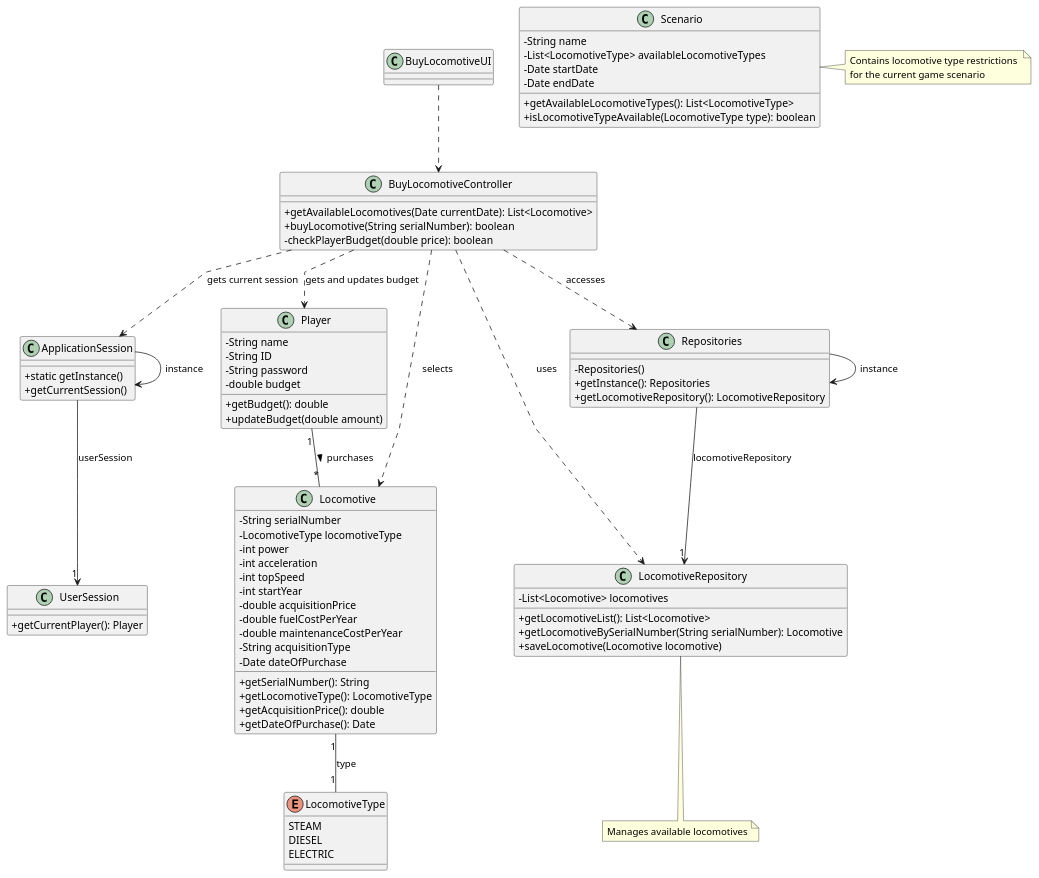
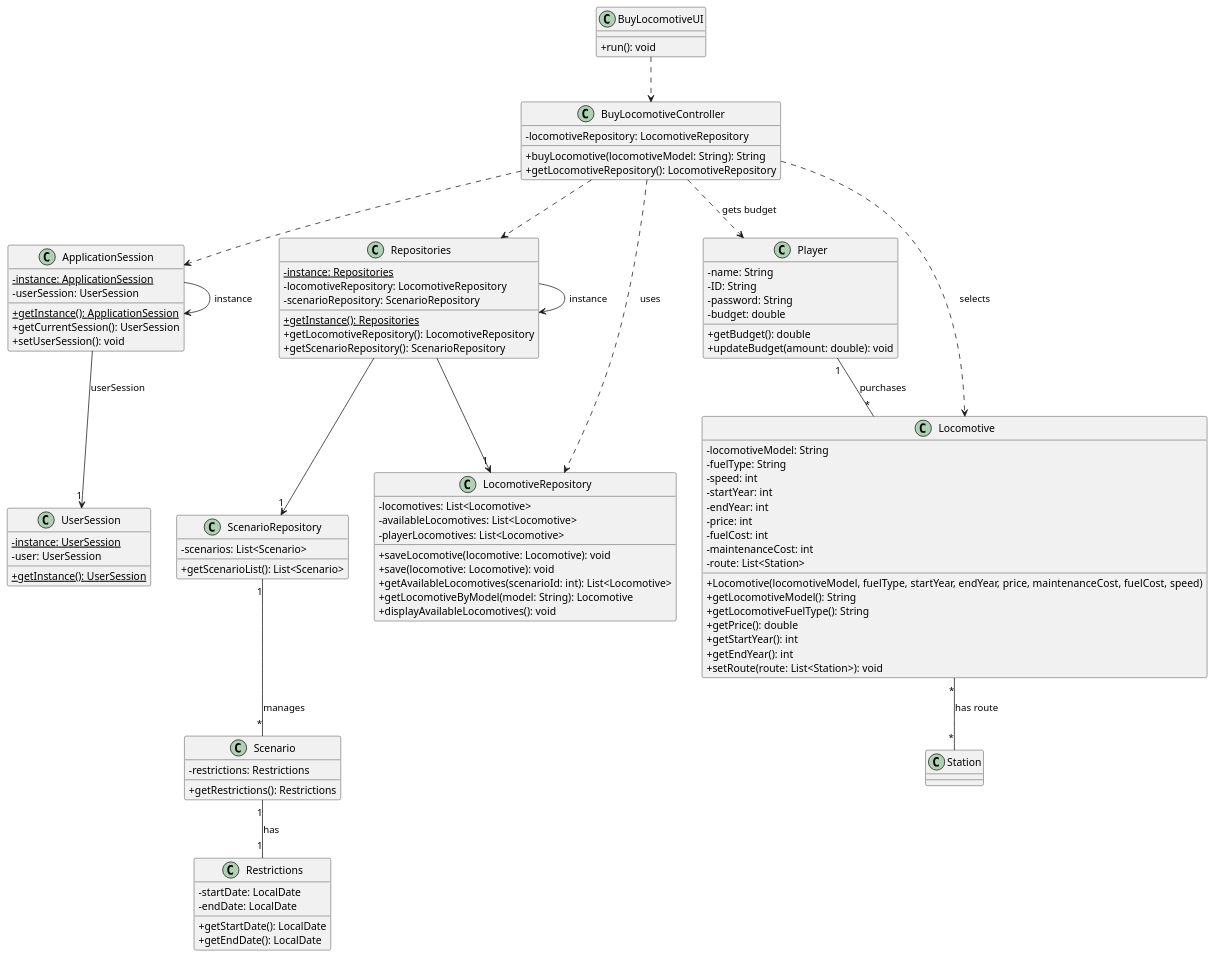
The diagram in docs/sprint2/us009/03.design/puml/us009-class-diagram.puml (ivasduarte/all-aboard), drawn with PlantUML before and after one commit. The commit also changed 7 other files, not shown here.

Commit message:
US003/009(docs): updated class diagrams and sequence diagrams according to the code

```diff
--- a/docs/sprint2/us009/03.design/puml/us009-class-diagram.puml
+++ b/docs/sprint2/us009/03.design/puml/us009-class-diagram.puml
@@ -1,107 +1,118 @@
 @startuml
-skinparam packageStyle rectangle
-skinparam shadowing false
-skinparam linetype polyline
 skinparam classAttributeIconSize 0
 
-'title: Class diagram for Buy a Locomotive (US009)
-
 class ApplicationSession {
-    + static getInstance()
-    + getCurrentSession()
+    -instance: ApplicationSession{static}
+    -userSession: UserSession
+    +getInstance(): ApplicationSession{static}
+    +getCurrentSession(): UserSession
+    +setUserSession(): void
 }
 
 class UserSession {
-    + getCurrentPlayer(): Player
+    -instance: UserSession{static}
+    -user: UserSession
+    +getInstance(): UserSession{static}
 }
 
 class Player {
-    - String name
-    - String ID
-    - String password
-    - double budget
-    + getBudget(): double
-    + updateBudget(double amount)
+    -name: String
+    -ID: String
+    -password: String
+    -budget: double
+    +getBudget(): double
+    +updateBudget(amount: double): void
 }
 
 class Locomotive {
-    - String serialNumber
-    - LocomotiveType locomotiveType
-    - int power
-    - int acceleration
-    - int topSpeed
-    - int startYear
-    - double acquisitionPrice
-    - double fuelCostPerYear
-    - double maintenanceCostPerYear
-    - String acquisitionType
-    - Date dateOfPurchase
-    + getSerialNumber(): String
-    + getLocomotiveType(): LocomotiveType
-    + getAcquisitionPrice(): double
-    + getDateOfPurchase(): Date
+    -locomotiveModel: String
+    -fuelType: String
+    -speed: int
+    -startYear: int
+    -endYear: int
+    -price: int
+    -fuelCost: int
+    -maintenanceCost: int
+    -route: List<Station>
+    +Locomotive(locomotiveModel, fuelType, startYear, endYear, price, maintenanceCost, fuelCost, speed)
+    +getLocomotiveModel(): String
+    +getLocomotiveFuelType(): String
+    +getPrice(): double
+    +getStartYear(): int
+    +getEndYear(): int
+    +setRoute(route: List<Station>): void
 }
 
-enum LocomotiveType {
-    STEAM
-    DIESEL
-    ELECTRIC
+class Station {
 }
 
 class LocomotiveRepository {
-    - List<Locomotive> locomotives
-    + getLocomotiveList(): List<Locomotive>
-    + getLocomotiveBySerialNumber(String serialNumber): Locomotive
-    + saveLocomotive(Locomotive locomotive)
+    -locomotives: List<Locomotive>
+    -availableLocomotives: List<Locomotive>
+    -playerLocomotives: List<Locomotive>
+    +saveLocomotive(locomotive: Locomotive): void
+    +save(locomotive: Locomotive): void
+    +getAvailableLocomotives(scenarioId: int): List<Locomotive>
+    +getLocomotiveByModel(model: String): Locomotive
+    +displayAvailableLocomotives(): void
 }
 
 class Repositories {
-    - Repositories()
-    + getInstance(): Repositories
-    + getLocomotiveRepository(): LocomotiveRepository
+    -instance: Repositories{static}
+    -locomotiveRepository: LocomotiveRepository
+    -scenarioRepository: ScenarioRepository
+    +getInstance(): Repositories{static}
+    +getLocomotiveRepository(): LocomotiveRepository
+    +getScenarioRepository(): ScenarioRepository
 }
 
 class Scenario {
-    - String name
-    - List<LocomotiveType> availableLocomotiveTypes
-    - Date startDate
-    - Date endDate
-    + getAvailableLocomotiveTypes(): List<LocomotiveType>
-    + isLocomotiveTypeAvailable(LocomotiveType type): boolean
+    -restrictions: Restrictions
+    +getRestrictions(): Restrictions
+}
+
+class Restrictions {
+    -startDate: LocalDate
+    -endDate: LocalDate
+    +getStartDate(): LocalDate
+    +getEndDate(): LocalDate
+}
+
+class ScenarioRepository {
+    -scenarios: List<Scenario>
+    +getScenarioList(): List<Scenario>
 }
 
 class BuyLocomotiveController {
-    + getAvailableLocomotives(Date currentDate): List<Locomotive>
-    + buyLocomotive(String serialNumber): boolean
-    - checkPlayerBudget(double price): boolean
+    -locomotiveRepository: LocomotiveRepository
+    +buyLocomotive(locomotiveModel: String): String
+    +getLocomotiveRepository(): LocomotiveRepository
 }
 
 class BuyLocomotiveUI {
+    +run(): void
 }
-
-BuyLocomotiveUI ..> BuyLocomotiveController
-BuyLocomotiveController ..> Repositories : accesses
-BuyLocomotiveController ..> LocomotiveRepository : uses
-BuyLocomotiveController ..> Locomotive : selects
-BuyLocomotiveController ..> ApplicationSession : gets current session
-BuyLocomotiveController ..> Player : gets and updates budget
 
 ApplicationSession -> ApplicationSession : instance
 ApplicationSession --> "1" UserSession : userSession
 
 Repositories -> Repositories : instance
-Repositories --> "1" LocomotiveRepository : locomotiveRepository
 
-Player "1" -- "*" Locomotive : purchases >
-Locomotive "1" -- "1" LocomotiveType : type
+BuyLocomotiveUI ..> BuyLocomotiveController
+BuyLocomotiveController ..> Repositories
+BuyLocomotiveController ..> LocomotiveRepository : uses
+BuyLocomotiveController ..> Locomotive : selects
+BuyLocomotiveController ..> ApplicationSession
+BuyLocomotiveController ..> Player : gets budget
 
-note bottom of LocomotiveRepository
-    Manages available locomotives
-end note
+Locomotive "*" -- "*" Station : has route
 
-note right of Scenario
-    Contains locomotive type restrictions 
-    for the current game scenario
-end note
+Repositories --> "1" LocomotiveRepository
+Repositories --> "1" ScenarioRepository
+
+Player "1" -- "*" Locomotive : purchases
+
+Scenario "1" -- "1" Restrictions : has
+ScenarioRepository "1" -- "*" Scenario : manages
 
 @enduml
```
